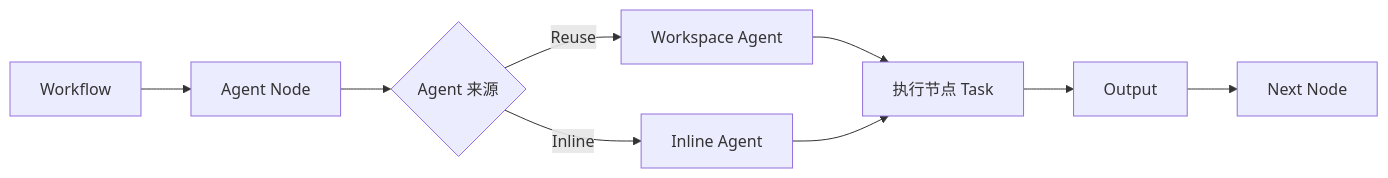
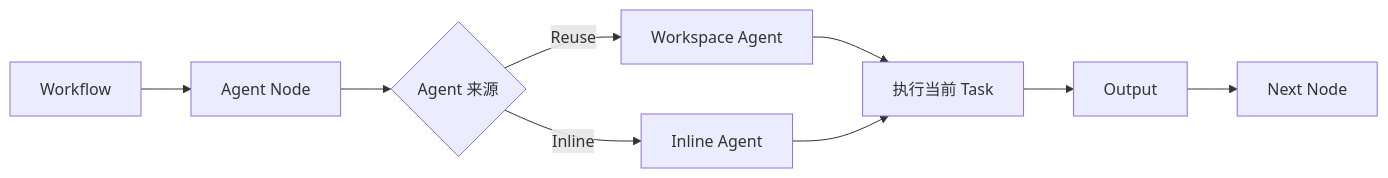
Before and after one commit to sgfd-ui/internship: diagram 13 of 20 in weekly-report/dify-1.17-core-capabilities-research.md, drawn with Mermaid. The commit also changed other lines of this file, not shown here.

````diff
--- a/weekly-report/dify-1.17-core-capabilities-research.md
+++ b/weekly-report/dify-1.17-core-capabilities-research.md
@@ -299,11 +442,11 @@
 ```mermaid
 flowchart LR
     A[Workflow] --> B[Agent Node]
     B --> C{Agent 来源}
     C -->|Reuse| D[Workspace Agent]
     C -->|Inline| E[Inline Agent]
-    D --> F[执行节点 Task]
+    D --> F[执行当前 Task]
     E --> F
     F --> G[Output]
     G --> H[Next Node]
 ```
````
